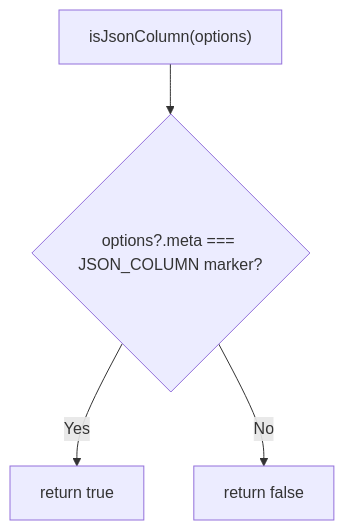
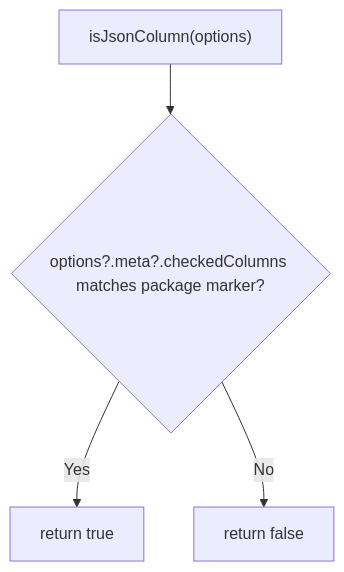
The second of 2 diagrams in user-stories/US-COLUMN-03-find-json-columns.md (Kevinjohn/oss-adonisjs-lucid-checked-columns), drawn with Mermaid before and after one commit. The commit also changed 3 other files, not shown here.

Commit message:
Keep JSON column marker through Lucid inheritance

````diff
--- a/user-stories/US-COLUMN-03-find-json-columns.md
+++ b/user-stories/US-COLUMN-03-find-json-columns.md
@@ -36,6 +36,6 @@
 ```mermaid
 flowchart TD
-    A["isJsonColumn(options)"] --> B{"options?.meta === JSON_COLUMN marker?"}
+    A["isJsonColumn(options)"] --> B{"options?.meta?.checkedColumns matches package marker?"}
     B -->|Yes| C["return true"]
     B -->|No| D["return false"]
 ```
````
